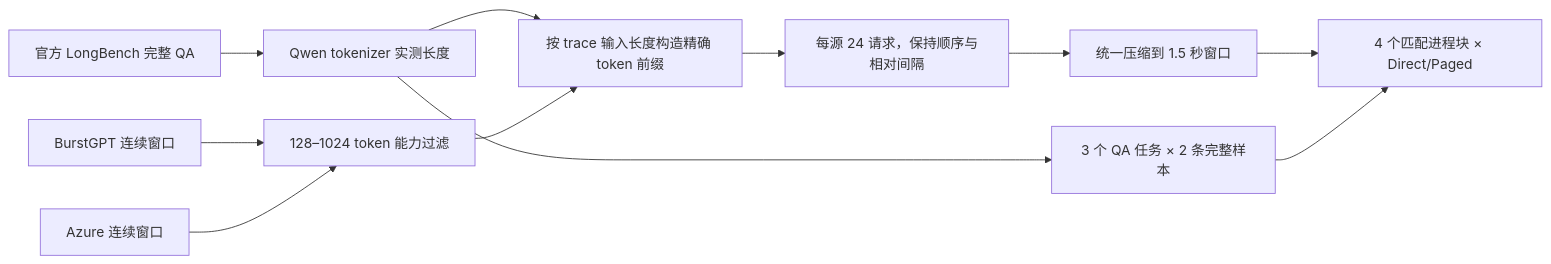
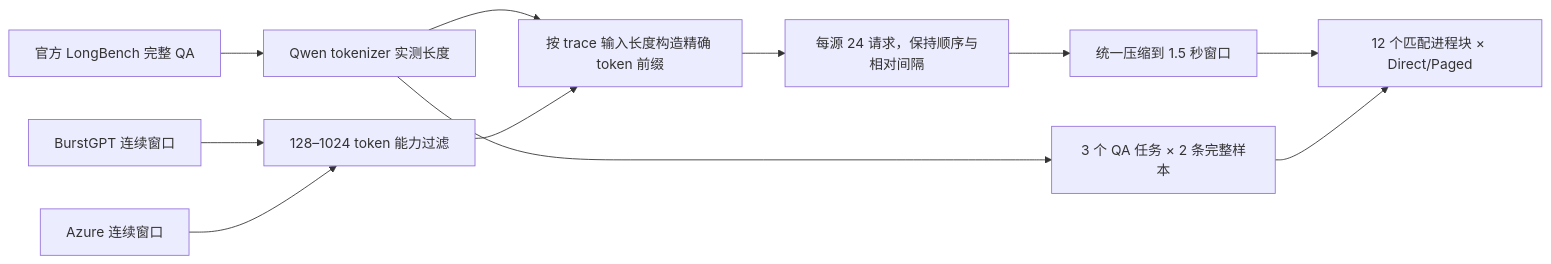
One commit to Ljzljz-211302/cacheflow-llama-runtime changed the diagram in docs/research/public-workload-results.md. Above: the diagram before and after it, drawn with Mermaid. The commit also changed other lines of this file and 3 other files, not shown here.

````diff
--- a/docs/research/public-workload-results.md
+++ b/docs/research/public-workload-results.md
@@ -27,13 +27,13 @@
 ```mermaid
 flowchart LR
     A["官方 LongBench 完整 QA"] --> B["Qwen tokenizer 实测长度"]
     C["BurstGPT 连续窗口"] --> D["128–1024 token 能力过滤"]
     E["Azure 连续窗口"] --> D
     B --> F["按 trace 输入长度构造精确 token 前缀"]
     D --> F
     F --> G["每源 24 请求，保持顺序与相对间隔"]
     G --> H["统一压缩到 1.5 秒窗口"]
-    H --> I["4 个匹配进程块 × Direct/Paged"]
+    H --> I["12 个匹配进程块 × Direct/Paged"]
     B --> J["3 个 QA 任务 × 2 条完整样本"]
     J --> I
 ```
````
